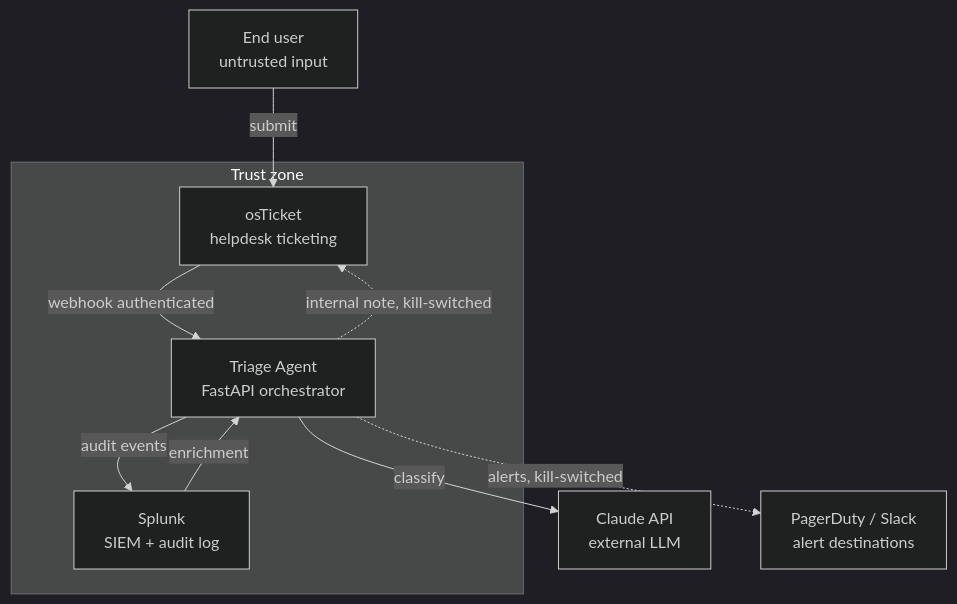
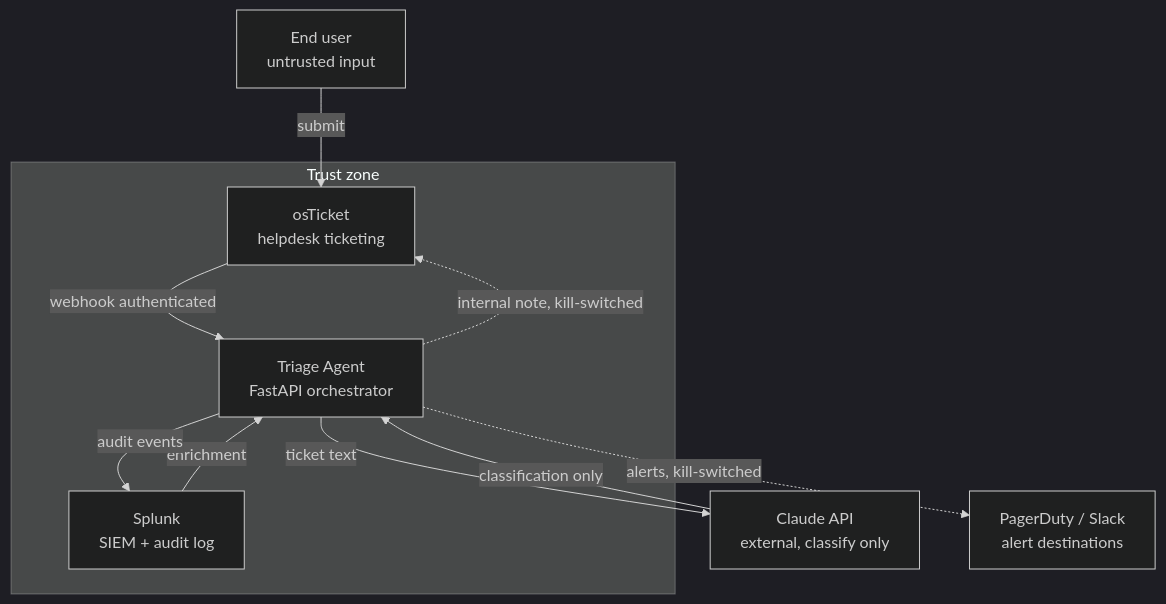
Before and after one commit to umujalloh/osticket-triage-agent: the diagram in docs/architecture.md, drawn with Mermaid (dark theme). The commit also changed other lines of this file, not shown here.

Commit message:
add diagram caption clarifying Claude is classify-only, not in action path

````diff
--- a/docs/architecture.md
+++ b/docs/architecture.md
@@ -65,21 +65,22 @@
 ```mermaid
 flowchart TD
     user["End user<br/>untrusted input"]
- 
+
     subgraph trust["Trust zone"]
         osticket["osTicket<br/>helpdesk ticketing"]
         agent["Triage Agent<br/>FastAPI orchestrator"]
         splunk["Splunk<br/>SIEM + audit log"]
     end
- 
-    claude["Claude API<br/>external LLM"]
+
+    claude["Claude API<br/>external, classify only"]
     alerts["PagerDuty / Slack<br/>alert destinations"]
- 
+
     user -->|submit| osticket
     osticket -->|webhook authenticated| agent
-    agent -->|classify| claude
+    agent -->|ticket text| claude
+    claude -->|classification only| agent
     splunk -->|enrichment| agent
     agent -->|audit events| splunk
     agent -.->|internal note, kill-switched| osticket
     agent -.->|alerts, kill-switched| alerts
 ```
````
